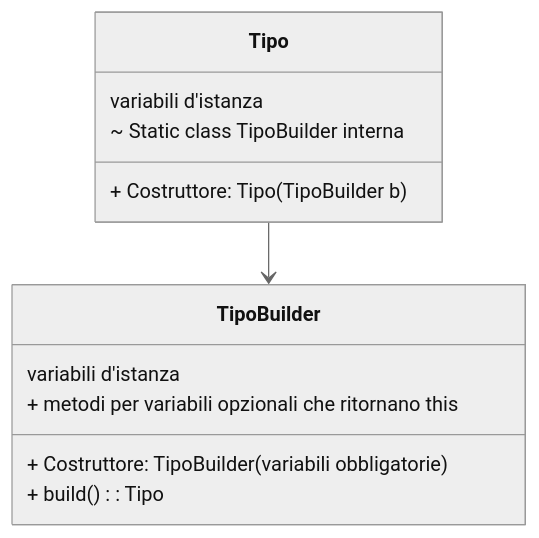
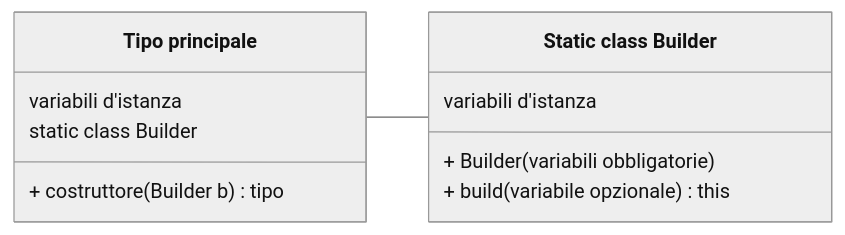
One commit to comarandr/comarandr.github.io changed the second of 5 diagrams in universita/oop.md. Above: the diagram before and after it, drawn with Mermaid (neutral theme). The commit also changed other lines of this file and 3 other files, not shown here.

````diff
--- a/universita/oop.md
+++ b/universita/oop.md
@@ -1060,17 +639,17 @@
 ```mermaid
 classDiagram
-    class Tipo{
-        variabili d'istanza 
-        + Costruttore: Tipo (TipoBuilder b)
-        ~ Static class TipoBuilder interna
+    direction LR
+    class `Tipo principale`{
+        variabili d'istanza
+        static class Builder
+        + costruttore(Builder b) tipo
     }
 
-    class TipoBuilder{
+    class `Static class Builder`{
         variabili d'istanza
-        + Costruttore: TipoBuilder (variabili obbligatorie)
-        + metodi per variabili opzionali che ritornano this
-        + build(): Tipo
+        + Builder (variabili obbligatorie)
+        + build(variabile opzionale) this
     }
 
-    Tipo --> TipoBuilder
+    `Tipo principale` -- `Static class Builder`
 ```
````
